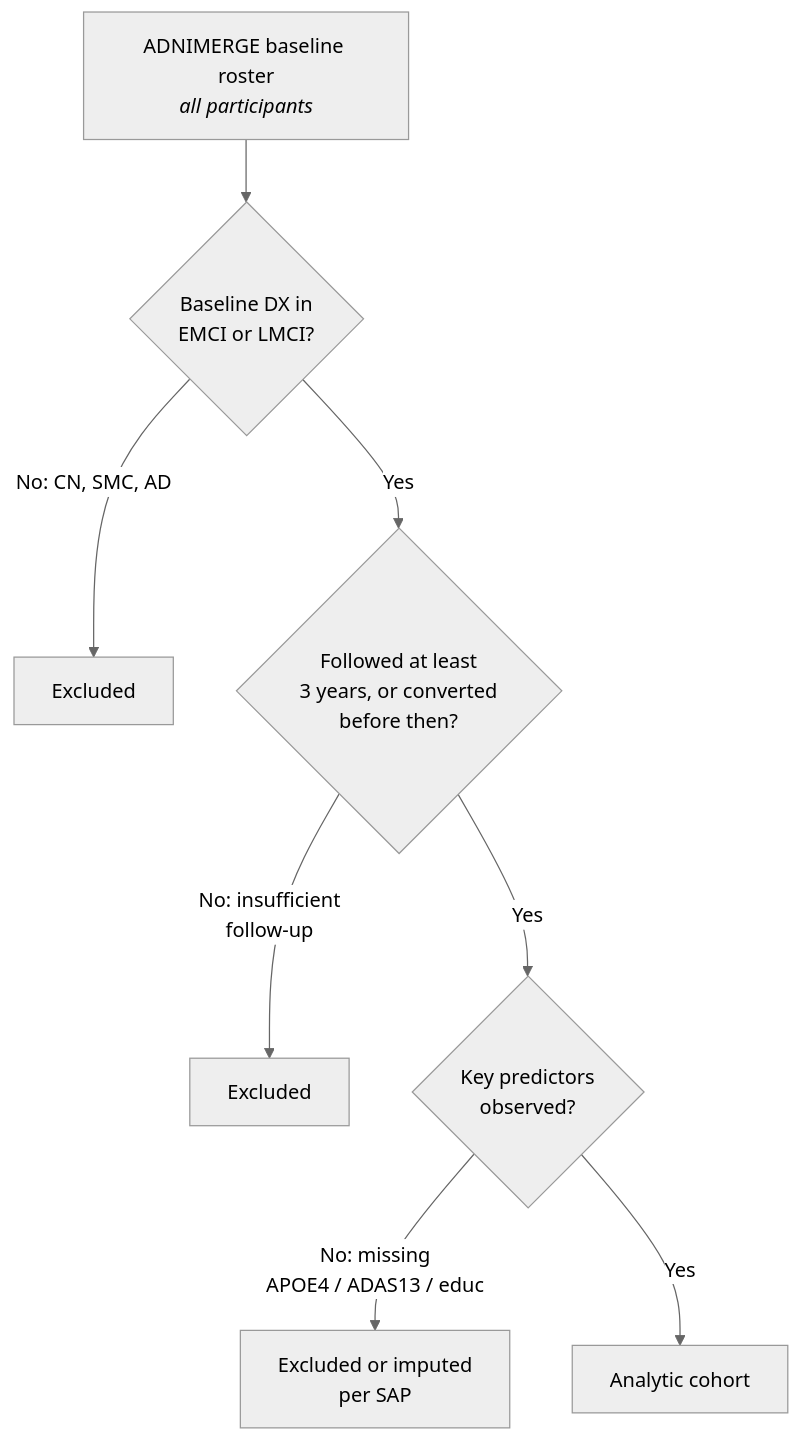
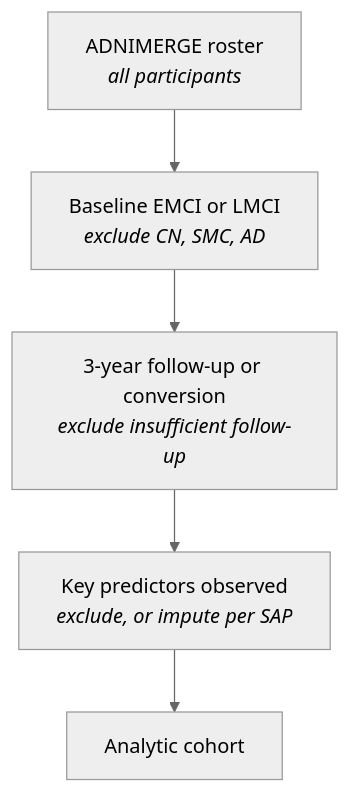
One commit to rgt47/practicum changed the diagram in 24-adni.qmd. Above: the diagram before and after it, drawn with Mermaid (neutral theme). The commit also changed 62 other files, not shown here.

````diff
--- a/24-adni.qmd
+++ b/24-adni.qmd
@@ -172,15 +172,13 @@
 ```{mermaid}
+%%| echo: false
 %%| label: fig-adni-cohort
 %%| fig-cap: "Cohort-derivation flow for the ADNI analysis, in the
 %%|   CONSORT style. Every arrow is an exclusion with a count the
 %%|   manuscript must report; the analytic cohort is smaller than the
 %%|   enrolled cohort, and by how much is itself a finding."
 flowchart TD
-  A["ADNIMERGE baseline roster<br/><i>all participants</i>"] --> B{"Baseline DX in<br/>EMCI or LMCI?"}
-  B -->|"No: CN, SMC, AD"| BX["Excluded"]
-  B -->|"Yes"| C{"Followed at least<br/>3 years, or converted<br/>before then?"}
-  C -->|"No: insufficient<br/>follow-up"| CX["Excluded"]
-  C -->|"Yes"| D{"Key predictors<br/>observed?"}
-  D -->|"No: missing<br/>APOE4 / ADAS13 / educ"| DX["Excluded or imputed<br/>per SAP"]
-  D -->|"Yes"| E["Analytic cohort"]
+  A["ADNIMERGE roster<br/><i>all participants</i>"] --> B["Baseline EMCI or LMCI<br/><i>exclude CN, SMC, AD</i>"]
+  B --> C["3-year follow-up or conversion<br/><i>exclude insufficient follow-up</i>"]
+  C --> D["Key predictors observed<br/><i>exclude, or impute per SAP</i>"]
+  D --> E["Analytic cohort"]
 ```
````
